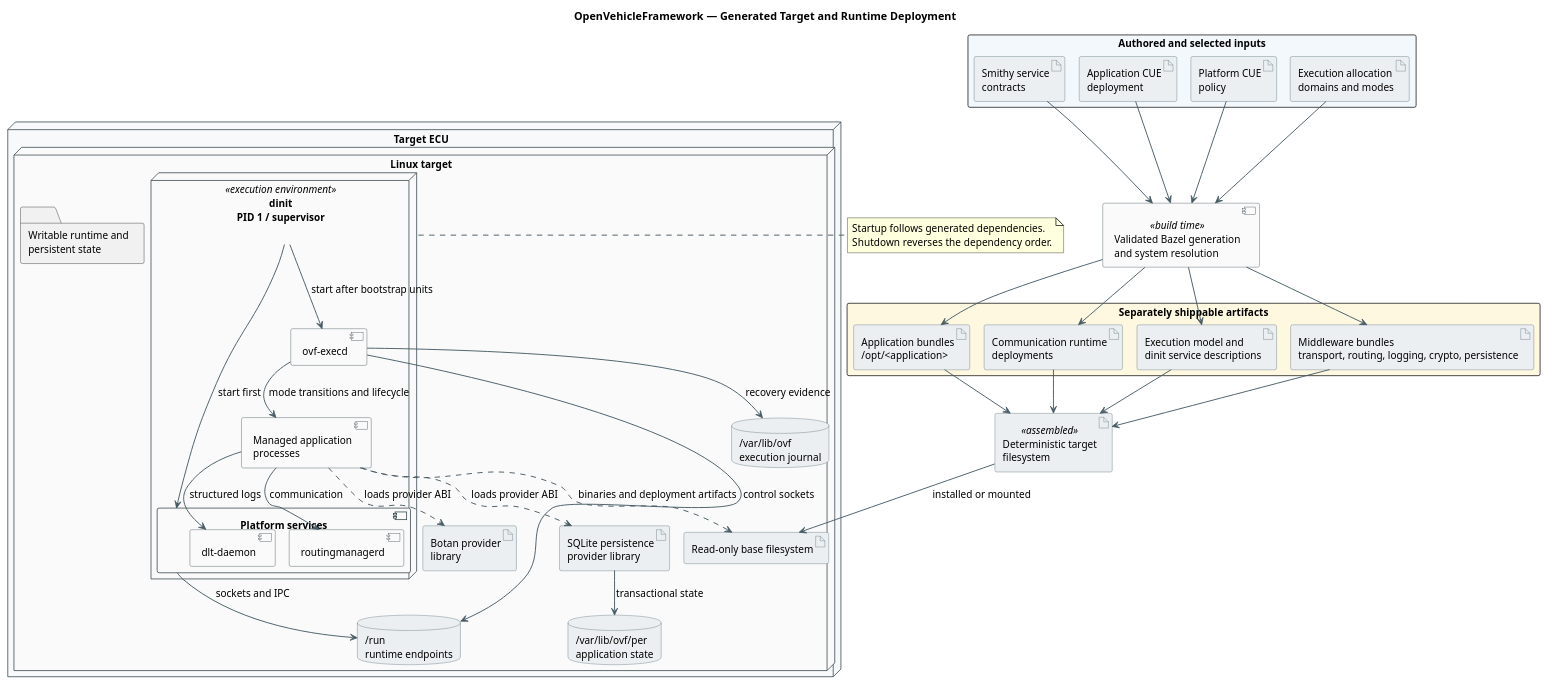
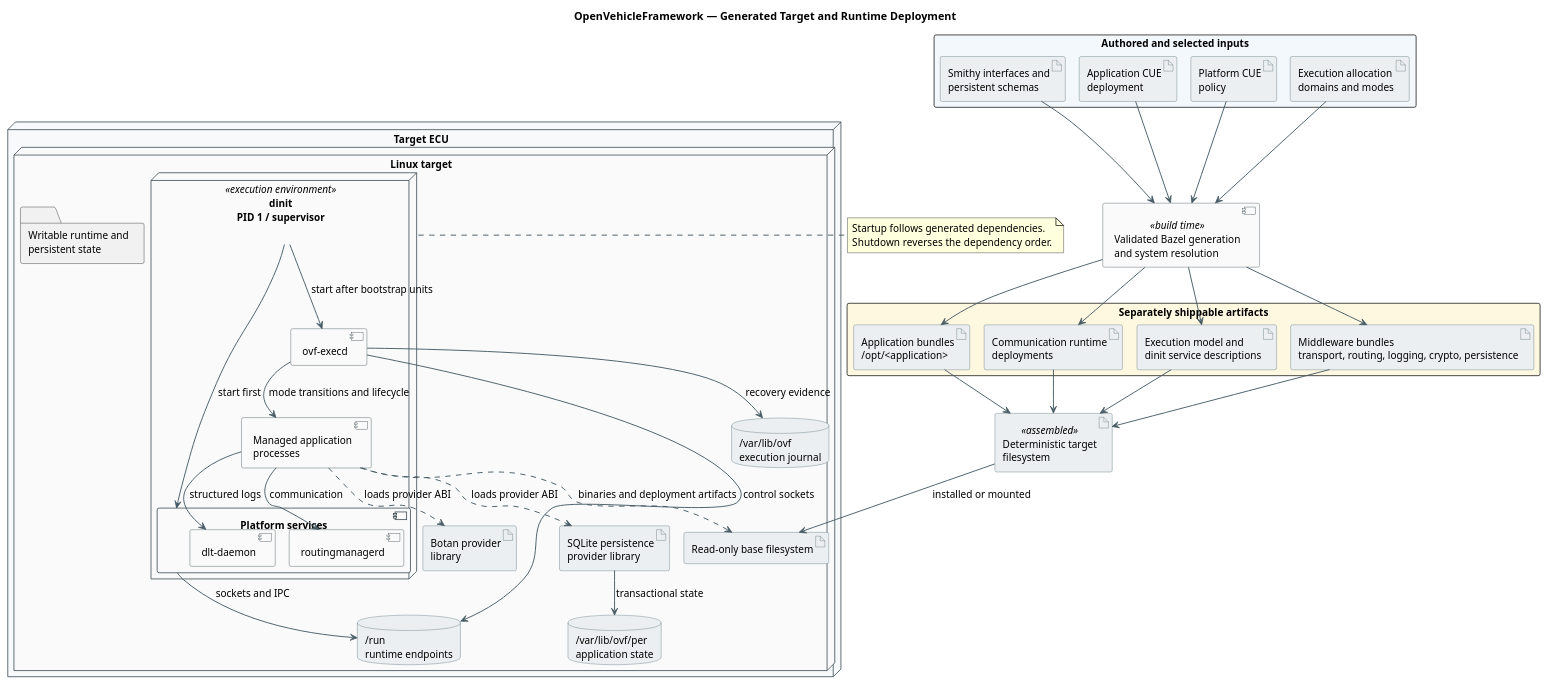
One commit to unwynd/openvehicleframework changed the diagram in docs/diagrams/target-deployment.puml. Above: the diagram before and after it, drawn with PlantUML. The commit also changed 37 other files, not shown here.

```diff
--- a/docs/diagrams/target-deployment.puml
+++ b/docs/diagrams/target-deployment.puml
@@ -2,94 +2,94 @@
 @startuml target-deployment
 !pragma layout smetana
 title OpenVehicleFramework — Generated Target and Runtime Deployment
 
 top to bottom direction
 skinparam backgroundColor #FFFFFF
 skinparam shadowing false
 skinparam componentStyle uml2
 skinparam packageStyle rectangle
 skinparam defaultFontName Helvetica
 skinparam defaultFontSize 13
 skinparam ArrowColor #455A64
 skinparam ArrowThickness 1.2
 skinparam NodeBorderColor #37474F
 skinparam NodeBackgroundColor #FAFAFA
 skinparam ArtifactBorderColor #546E7A
 skinparam ArtifactBackgroundColor #ECEFF1
 skinparam ComponentBorderColor #37474F
 skinparam ComponentBackgroundColor #FAFAFA
 skinparam DatabaseBorderColor #546E7A
 skinparam DatabaseBackgroundColor #ECEFF1
 
 package "Authored and selected inputs" as inputs #F3F8FC {
-  artifact "Smithy service\ncontracts" as smithy
+  artifact "Smithy interfaces and\npersistent schemas" as smithy
   artifact "Application CUE\ndeployment" as app_cue
   artifact "Platform CUE\npolicy" as platform_cue
   artifact "Execution allocation\ndomains and modes" as allocation
 }
 
 component "Validated Bazel generation\nand system resolution" as generator <<build time>>
 
 package "Separately shippable artifacts" as artifacts #FFF8E1 {
   artifact "Application bundles\n/opt/<application>" as app_bundles
   artifact "Communication runtime\ndeployments" as com_deployments
   artifact "Execution model and\ndinit service descriptions" as exec_deployment
   artifact "Middleware bundles\ntransport, routing, logging, crypto, persistence" as middleware
 }
 
 artifact "Deterministic target\nfilesystem" as rootfs <<assembled>>
 
 smithy --> generator
 app_cue --> generator
 platform_cue --> generator
 allocation --> generator
 generator --> app_bundles
 generator --> com_deployments
 generator --> exec_deployment
 generator --> middleware
 app_bundles --> rootfs
 com_deployments --> rootfs
 exec_deployment --> rootfs
 middleware --> rootfs
 
 node "Target ECU" as ecu #F7F9FA {
   node "Linux target" as linux {
     artifact "Read-only base filesystem" as lower
     folder "Writable runtime and\npersistent state" as writable
 
     node "dinit\nPID 1 / supervisor" as supervisor <<execution environment>> {
       component "Platform services" as services {
         component "routingmanagerd" as routing
         component "dlt-daemon" as dlt_daemon
       }
       component "ovf-execd" as execd
       component "Managed application\nprocesses" as applications
     }
 
     artifact "Botan provider\nlibrary" as botan
     artifact "SQLite persistence\nprovider library" as sqlite
     database "/run\nruntime endpoints" as run
     database "/var/lib/ovf\nexecution journal" as journal
     database "/var/lib/ovf/per\napplication state" as persistent_state
   }
 }
 
 rootfs --> lower : installed or mounted
 supervisor --> services : start first
 supervisor --> execd : start after bootstrap units
 execd --> applications : mode transitions and lifecycle
 applications --> routing : communication
 applications --> dlt_daemon : structured logs
 applications ..> botan : loads provider ABI
 applications ..> sqlite : loads provider ABI
 services --> run : sockets and IPC
 execd --> run : control sockets
 execd --> journal : recovery evidence
 applications ..> lower : binaries and deployment artifacts
 sqlite --> persistent_state : transactional state
 
 note right of supervisor
   Startup follows generated dependencies.
   Shutdown reverses the dependency order.
 end note
 @enduml
```
